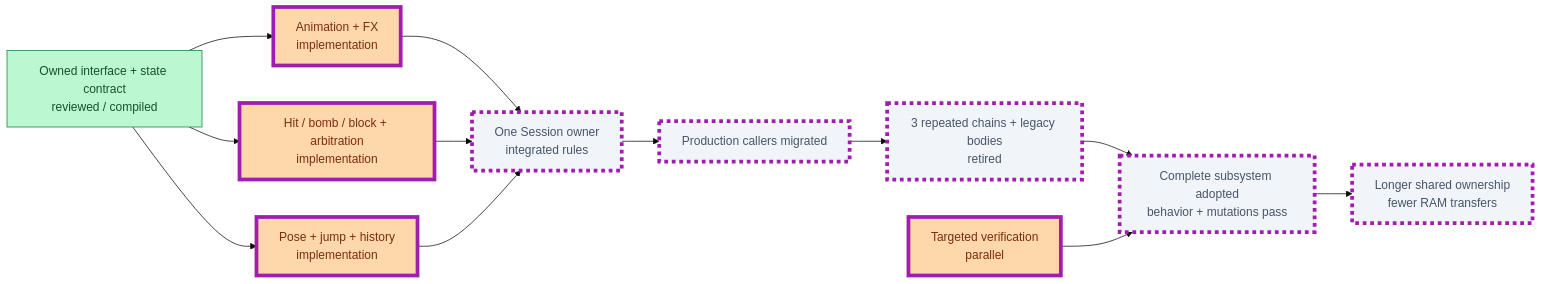
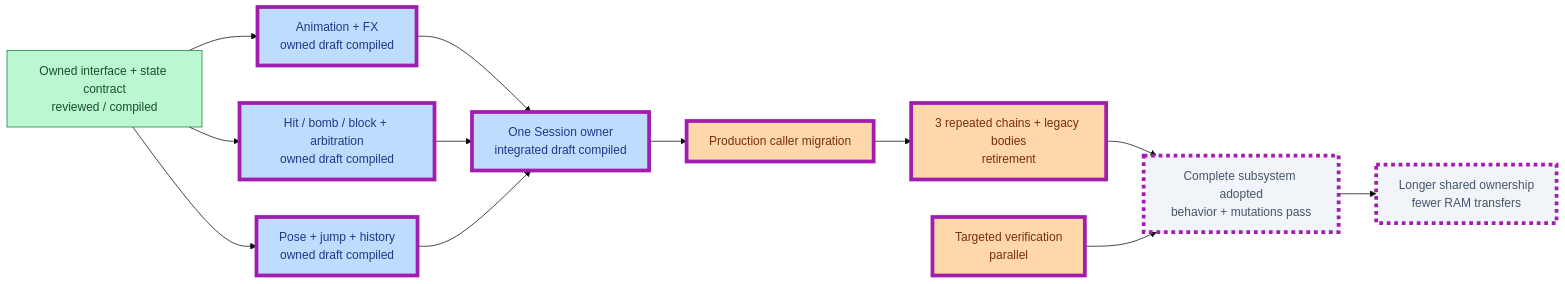
The second of 24 diagrams in PROGRESS.md (JimLundin/sm-decomp), drawn with Mermaid (base theme) before and after one commit. The commit also changed 1 other file, not shown here.

Commit message:
Report the compiled owned transition implementation
Nine gameplay modules and shared state/content/Runtime compile on isolated source eed6c4d4 in normal, verifier and backend-free test configurations. Caller migration, legacy deletion and runtime comparisons remain pending. Documentation-only checks: git diff --check and tools/progress.sh pass; main source counters unchanged.

````diff
--- a/PROGRESS.md
+++ b/PROGRESS.md
@@ -27,19 +27,20 @@
 ```mermaid
 flowchart LR
-    DESIGN["Owned interface + state contract<br/>reviewed / compiled"]:::done --> ANIM["Animation + FX<br/>implementation"]:::active
-    DESIGN --> REQUEST["Hit / bomb / block + arbitration<br/>implementation"]:::active
-    DESIGN --> POSE["Pose + jump + history<br/>implementation"]:::active
-    ANIM --> OWNER["One Session owner<br/>integrated rules"]:::pending
+    DESIGN["Owned interface + state contract<br/>reviewed / compiled"]:::done --> ANIM["Animation + FX<br/>owned draft compiled"]:::draft
+    DESIGN --> REQUEST["Hit / bomb / block + arbitration<br/>owned draft compiled"]:::draft
+    DESIGN --> POSE["Pose + jump + history<br/>owned draft compiled"]:::draft
+    ANIM --> OWNER["One Session owner<br/>integrated draft compiled"]:::draft
     REQUEST --> OWNER
     POSE --> OWNER
-    OWNER --> CALLERS["Production callers migrated"]:::pending
-    CALLERS --> DELETE["3 repeated chains + legacy bodies<br/>retired"]:::pending
+    OWNER --> CALLERS["Production caller migration"]:::active
+    CALLERS --> DELETE["3 repeated chains + legacy bodies<br/>retirement"]:::active
     DELETE --> ADOPT["Complete subsystem adopted<br/>behavior + mutations pass"]:::pending
     CHECKS["Targeted verification<br/>parallel"]:::active --> ADOPT
     ADOPT --> NEXT["Longer shared ownership<br/>fewer RAM transfers"]:::pending
     class ANIM,REQUEST,POSE,OWNER,CALLERS,DELETE,ADOPT,CHECKS,NEXT changed
     classDef done fill:#bbf7d0,stroke:#15803d,color:#14532d
+    classDef draft fill:#bfdbfe,stroke:#2563eb,color:#1e3a8a
     classDef active fill:#fed7aa,stroke:#ea580c,color:#7c2d12
     classDef pending fill:#f1f5f9,stroke:#94a3b8,color:#475569,stroke-dasharray:5 5
     classDef changed stroke:#a21caf,stroke-width:5px
 ```
````
